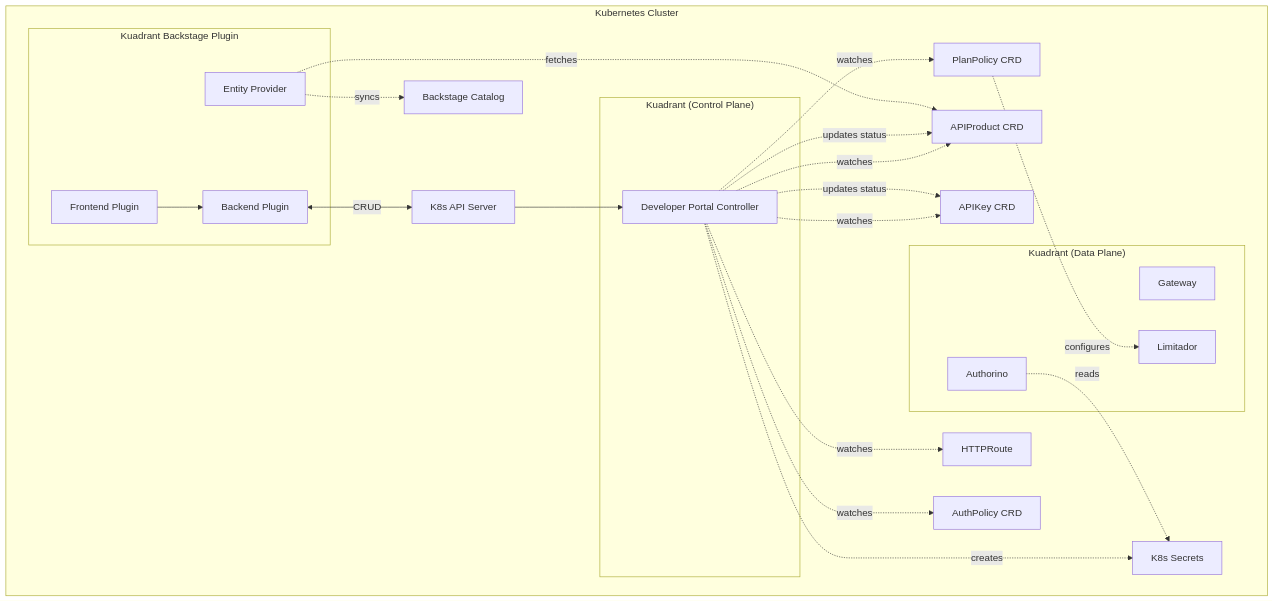
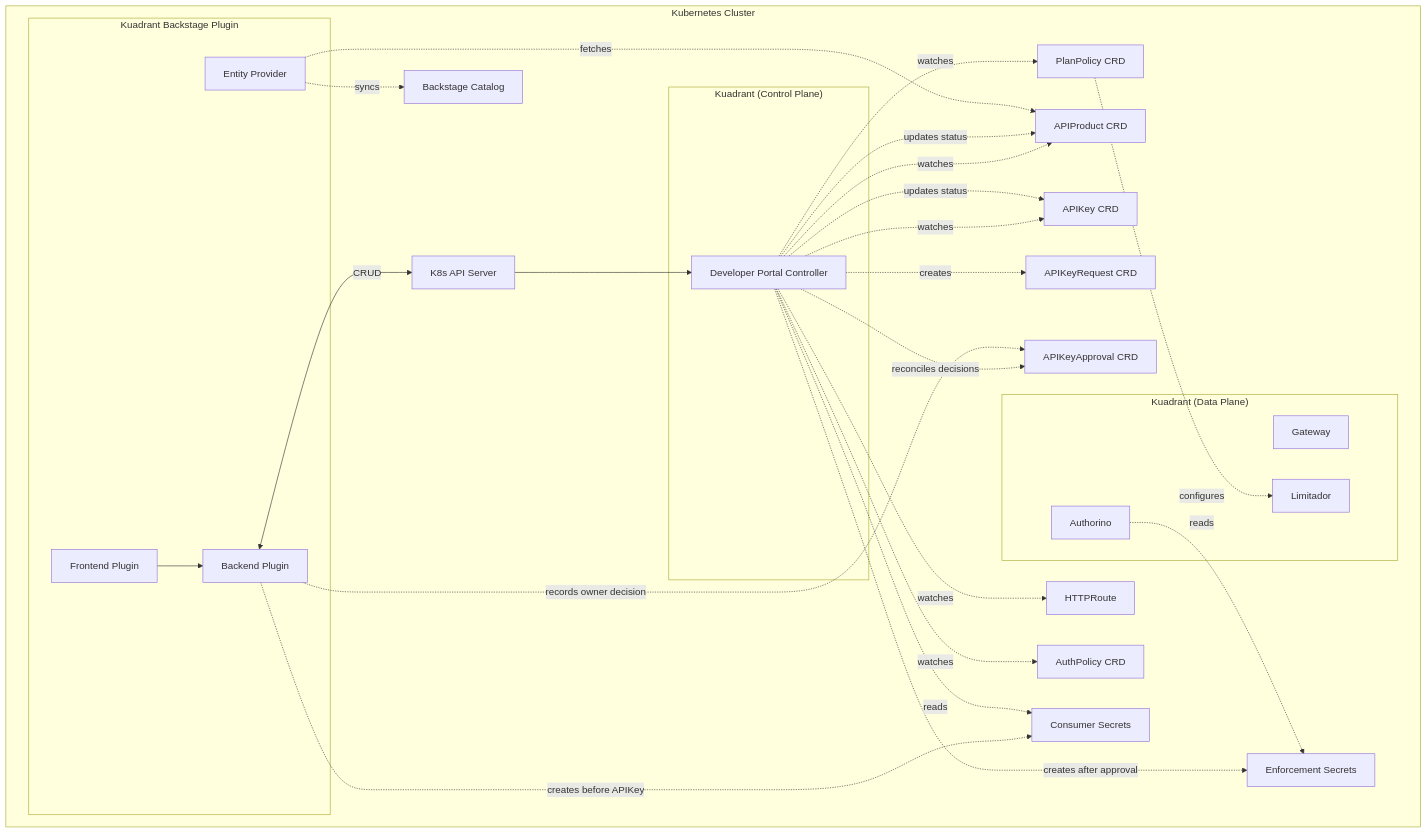
Before and after one commit to Kuadrant/kuadrant-backstage-plugin: the first of 4 diagrams in docs/plugin-architecture.md, drawn with Mermaid. The commit also changed other lines of this file and 5 other files, not shown here.

````diff
--- a/docs/plugin-architecture.md
+++ b/docs/plugin-architecture.md
@@ -55,46 +55,54 @@
 ```mermaid
 flowchart TB
     subgraph K8s["Kubernetes Cluster"]
         subgraph Backstage["Kuadrant Backstage Plugin"]
             FE["Frontend Plugin"]
             BE["Backend Plugin"]
             EP["Entity Provider"]
         end
 
         API["K8s API Server"]
         Catalog["Backstage Catalog"]
 
         subgraph Kuadrant["Kuadrant (Control Plane)"]
             DPC["Developer Portal Controller"]
         end
 
         subgraph DataPlane["Kuadrant (Data Plane)"]
             Gateway["Gateway"]
             Authorino["Authorino"]
             Limitador["Limitador"]
         end
 
         PlanPolicy["PlanPolicy CRD"]
         APIProduct["APIProduct CRD"]
         APIKey["APIKey CRD"]
+        APIKeyRequest["APIKeyRequest CRD"]
+        APIKeyApproval["APIKeyApproval CRD"]
         HTTPRoute["HTTPRoute"]
         AuthPolicy["AuthPolicy CRD"]
-        Secrets["K8s Secrets"]
+        ConsumerSecrets["Consumer Secrets"]
+        Secrets["Enforcement Secrets"]
     end
 
     FE --> BE
     BE <-->|"CRUD"| API
     API --> DPC
     DPC -.->|"watches"| APIProduct
     DPC -.->|"watches"| APIKey
+    DPC -.->|"creates"| APIKeyRequest
+    DPC -.->|"reconciles decisions"| APIKeyApproval
     DPC -.->|"watches"| PlanPolicy
     DPC -.->|"watches"| HTTPRoute
     DPC -.->|"watches"| AuthPolicy
     DPC -.->|"updates status"| APIProduct
     DPC -.->|"updates status"| APIKey
-    DPC -.->|"creates"| Secrets
+    BE -.->|"creates before APIKey"| ConsumerSecrets
+    BE -.->|"records owner decision"| APIKeyApproval
+    DPC -.->|"reads"| ConsumerSecrets
+    DPC -.->|"creates after approval"| Secrets
     EP -.->|"fetches"| APIProduct
     EP -.->|"syncs"| Catalog
     Authorino -.->|"reads"| Secrets
     PlanPolicy -.->|"configures"| Limitador
 ```
````
